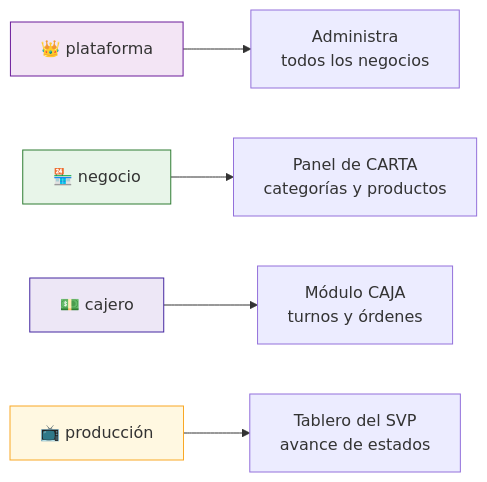
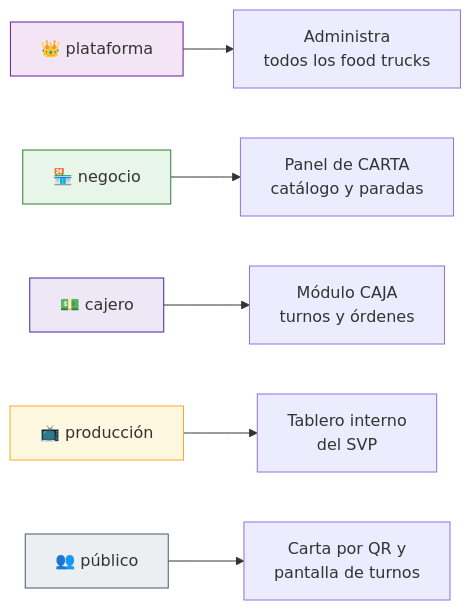
One commit to Lain-Ramirez/Menu08 changed the sixth of 7 diagrams in README.md. Above: the diagram before and after it, drawn with Mermaid. The commit also changed other lines of this file and 3 other files, not shown here.

````diff
--- a/README.md
+++ b/README.md
@@ -254,12 +288,14 @@
 ```mermaid
 flowchart LR
-    P["👑 plataforma"] --> T1["Administra<br/>todos los negocios"]
-    N["🏪 negocio"] --> T2["Panel de CARTA<br/>categorías y productos"]
+    P["👑 plataforma"] --> T1["Administra<br/>todos los food trucks"]
+    N["🏪 negocio"] --> T2["Panel de CARTA<br/>catálogo y paradas"]
     K["💵 cajero"] --> T3["Módulo CAJA<br/>turnos y órdenes"]
-    R["📺 producción"] --> T4["Tablero del SVP<br/>avance de estados"]
+    R["📺 producción"] --> T4["Tablero interno<br/>del SVP"]
+    PUB["👥 público"] --> T5["Carta por QR y<br/>pantalla de turnos"]
 
     style P fill:#f3e5f5,stroke:#6a1b9a
     style N fill:#e8f5e9,stroke:#2e7d32
     style K fill:#ede7f6,stroke:#4527a0
     style R fill:#fff8e1,stroke:#f9a825
+    style PUB fill:#eceff1,stroke:#455a64
 ```
````
